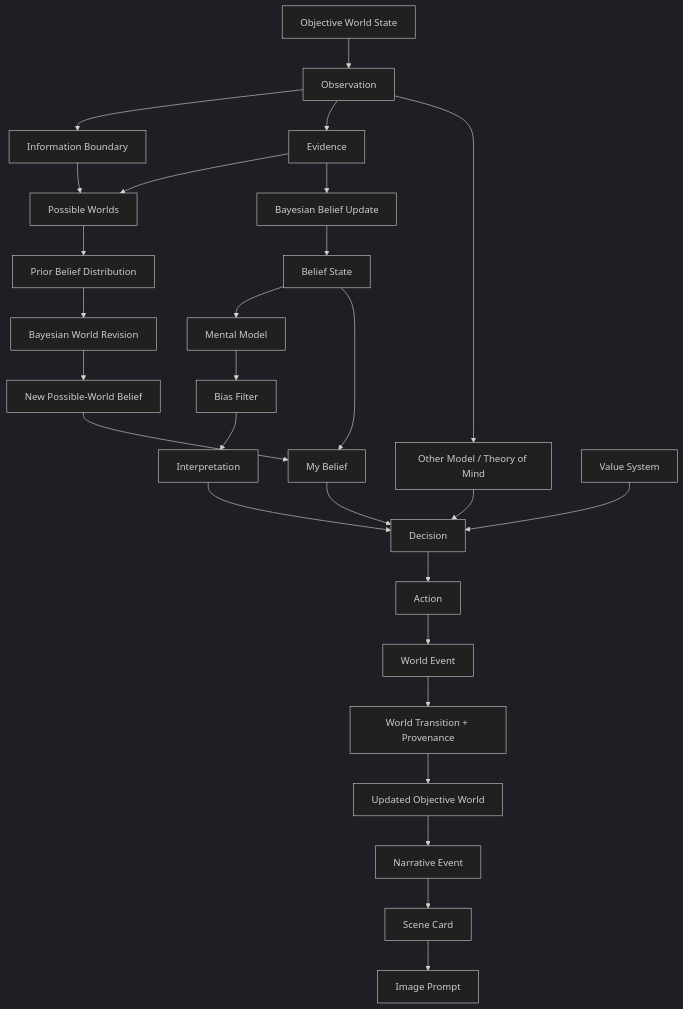
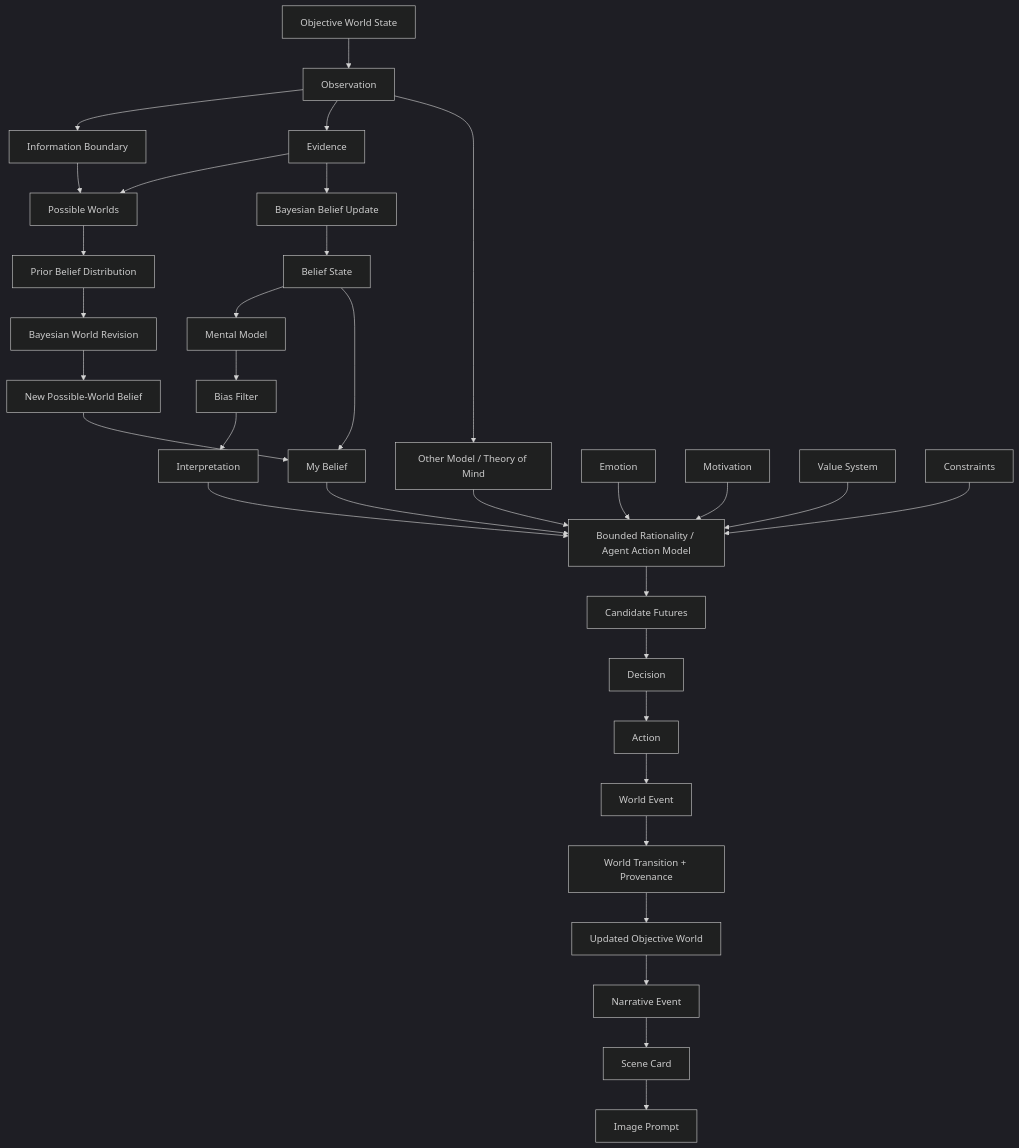
Before and after one commit to Spring0602/aigc_story_world: the diagram in README.md, drawn with Mermaid (dark theme). The commit also changed other lines of this file and 17 other files, not shown here.

Commit message:
Add bounded rationality action model

````diff
--- a/README.md
+++ b/README.md
@@ -54,33 +55,38 @@
 ```mermaid
 flowchart TD
     W[Objective World State] --> O[Observation]
     O --> IB[Information Boundary]
     O --> E[Evidence]
     IB --> PW[Possible Worlds]
     E --> PW
     PW --> PBD[Prior Belief Distribution]
     PBD --> BWR[Bayesian World Revision]
     BWR --> NWB[New Possible-World Belief]
     E --> BBU[Bayesian Belief Update]
     BBU --> BS[Belief State]
     BS --> MM[Mental Model]
     MM --> BF[Bias Filter]
     BF --> I[Interpretation]
 
     BS --> MB[My Belief]
     NWB --> MB
     O --> OM[Other Model / Theory of Mind]
-    MB --> D[Decision]
-    OM --> D
-    I --> D
-    VS[Value System] --> D
+    MB --> BR[Bounded Rationality / Agent Action Model]
+    OM --> BR
+    I --> BR
+    EM[Emotion] --> BR
+    MOT[Motivation] --> BR
+    VS[Value System] --> BR
+    C[Constraints] --> BR
+    BR --> CF[Candidate Futures]
+    CF --> D[Decision]
 
     D --> A[Action]
     A --> WE[World Event]
     WE --> WT[World Transition + Provenance]
     WT --> W2[Updated Objective World]
 
     W2 --> NE[Narrative Event]
     NE --> SC[Scene Card]
     SC --> IP[Image Prompt]
 ```
````
